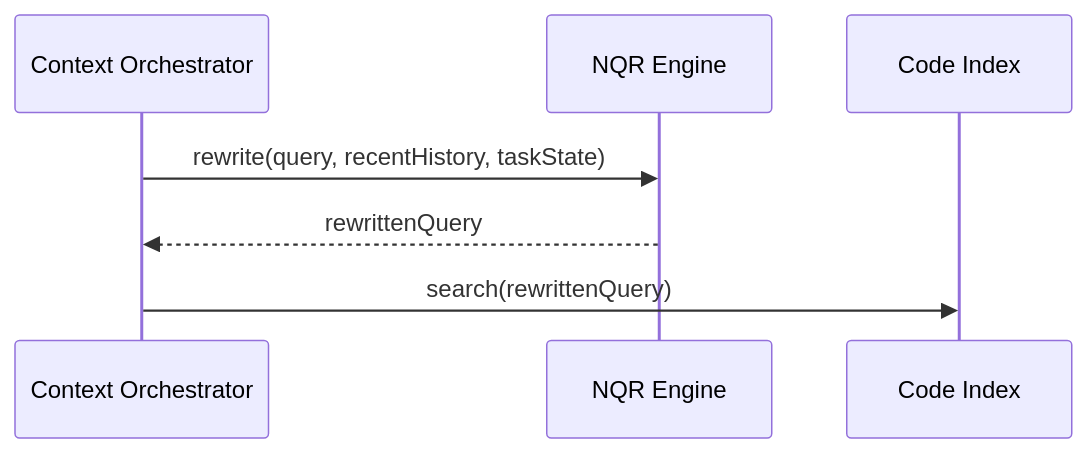
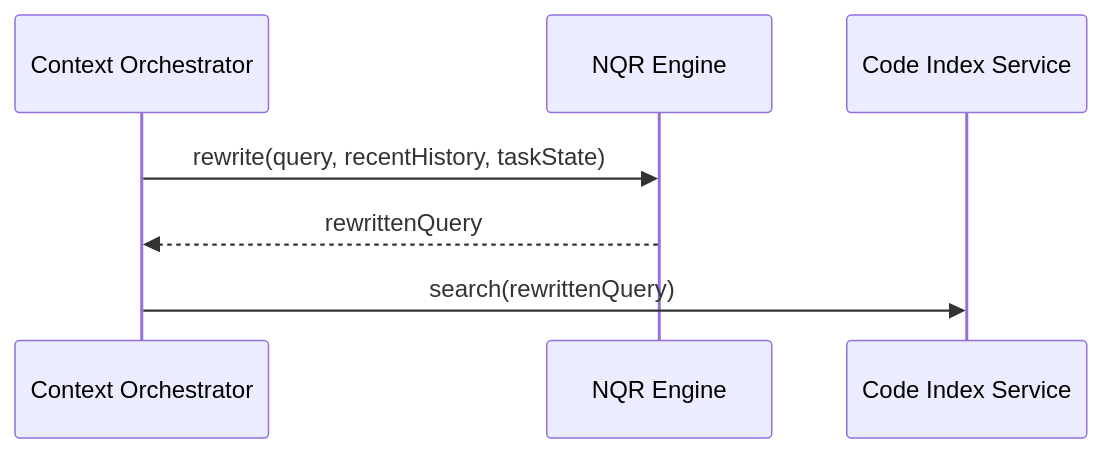
One commit to D15190304050/generic-agent changed diagram 19 of 38 in discussions/ContextManagerV6.md. Above: the diagram before and after it, drawn with Mermaid. The commit also changed other lines of this file, not shown here.

Commit message:
Revise Context Service documentation

````diff
--- a/discussions/ContextManagerV6.md
+++ b/discussions/ContextManagerV6.md
@@ -2228,10 +2315,10 @@
 ```mermaid
 sequenceDiagram
     participant Orch as Context Orchestrator
     participant NQR as NQR Engine
-    participant Index as Code Index
+    participant Index as Code Index Service
 
     Orch->>NQR: rewrite(query, recentHistory, taskState)
     NQR-->>Orch: rewrittenQuery
     Orch->>Index: search(rewrittenQuery)
 ```
````
